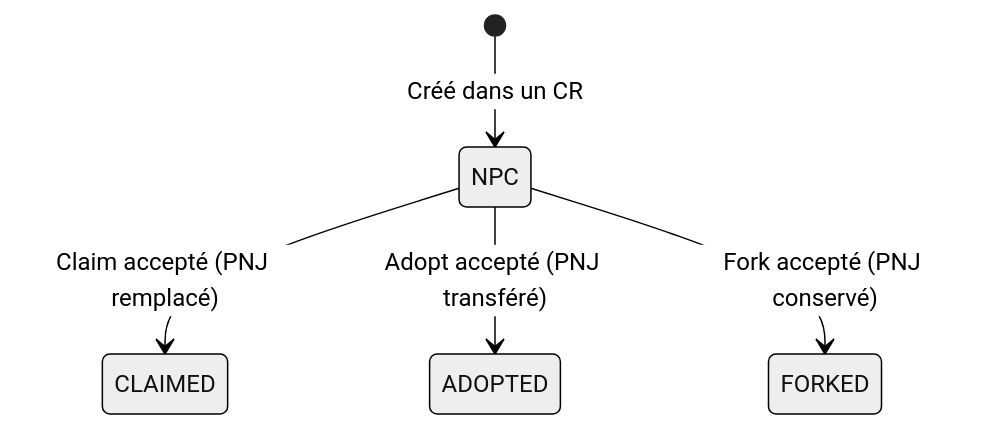
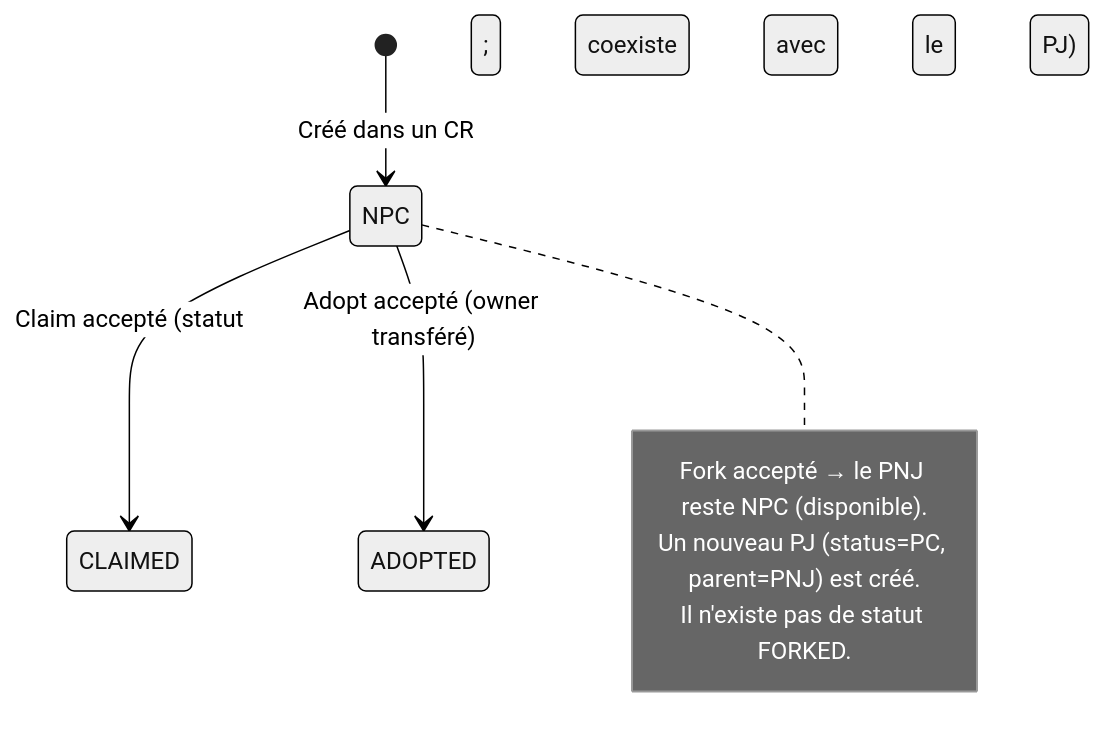
One commit to RebelliousSmile/suddenly changed the first of 3 diagrams in aidd_docs/memory/external/claim-adopt-fork.md. Above: the diagram before and after it, drawn with Mermaid (neutral theme). The commit also changed other lines of this file and 13 other files, not shown here.

First line of the commit message:
refactor(characters): remove dead FORKED status; align game roster + docs

````diff
--- a/aidd_docs/memory/external/claim-adopt-fork.md
+++ b/aidd_docs/memory/external/claim-adopt-fork.md
@@ -11,7 +11,11 @@
 ```mermaid
 stateDiagram-v2
     [*] --> NPC : Créé dans un CR
-    NPC --> CLAIMED : Claim accepté (PNJ remplacé)
-    NPC --> ADOPTED : Adopt accepté (PNJ transféré)
-    NPC --> FORKED : Fork accepté (PNJ conservé)
+    NPC --> CLAIMED : Claim accepté (statut ; coexiste avec le PJ)
+    NPC --> ADOPTED : Adopt accepté (owner transféré)
+    note right of NPC
+        Fork accepté → le PNJ reste NPC (disponible).
+        Un nouveau PJ (status=PC, parent=PNJ) est créé.
+        Il n'existe pas de statut FORKED.
+    end note
 ```
````
